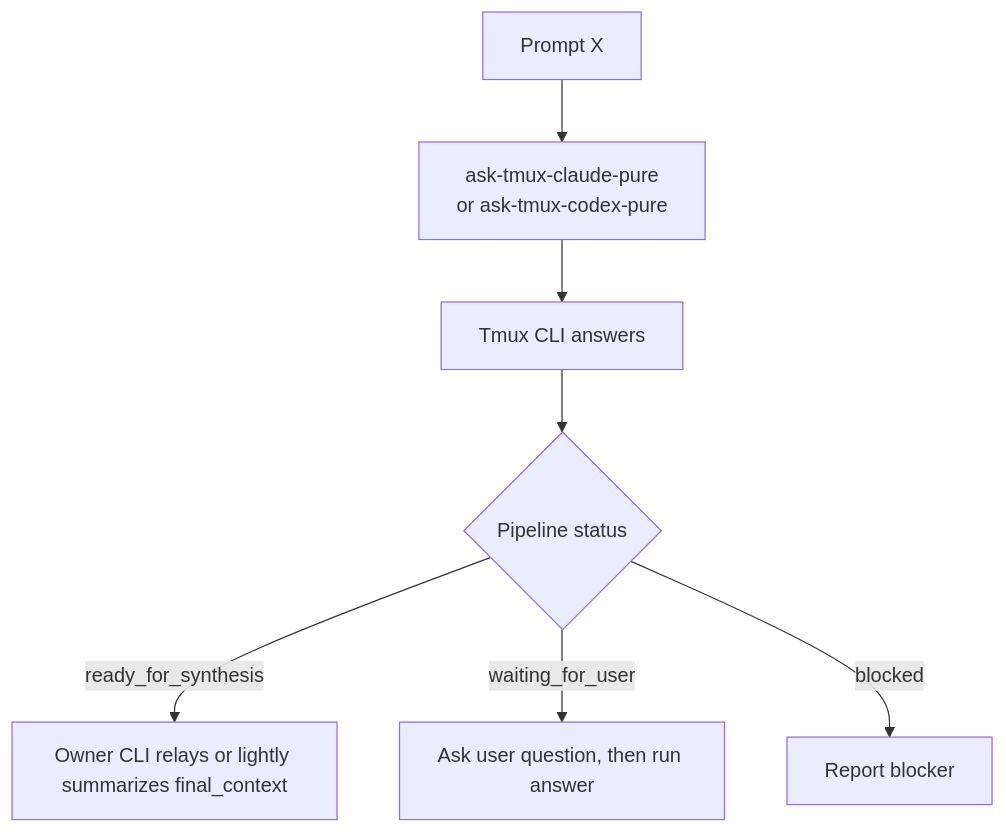
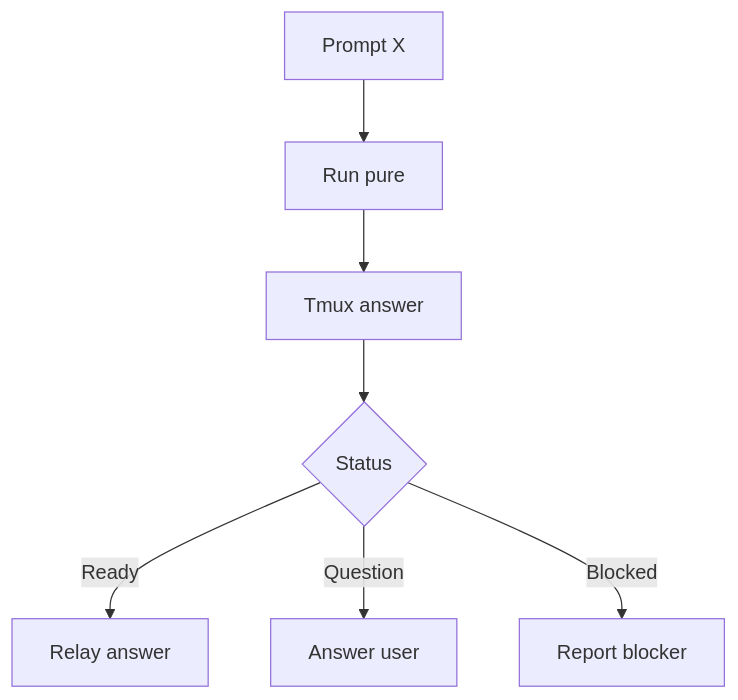
One commit to TrailblazerSR/ask-tmux-pipeline changed the fourth of 7 diagrams in README.md. Above: the diagram before and after it, drawn with Mermaid. The commit also changed other lines of this file, not shown here.

First line of the commit message:
Make README flowcharts render without clipped labels

````diff
--- a/README.md
+++ b/README.md
@@ -145,9 +156,12 @@
 ```mermaid
 flowchart TD
-  A[Prompt X] --> B[ask-tmux-claude-pure<br/>or ask-tmux-codex-pure]
-  B --> C[Tmux CLI answers]
-  C --> D{Pipeline status}
-  D -->|ready_for_synthesis| E[Owner CLI relays or lightly summarizes final_context]
-  D -->|waiting_for_user| F[Ask user question, then run answer]
-  D -->|blocked| G[Report blocker]
+    accTitle: Pure Mirror Mode
+    accDescr: Pure mode flow where the owner CLI mainly relays the tmux Claude or Codex answer, with clarification and blocker paths
+
+    prompt_x[Prompt X] --> pure_command[Run pure]
+    pure_command --> tmux_answer[Tmux answer]
+    tmux_answer --> status_check{Status}
+    status_check -->|Ready| relay_answer[Relay answer]
+    status_check -->|Question| answer_user[Answer user]
+    status_check -->|Blocked| report_blocker[Report blocker]
 ```
````
